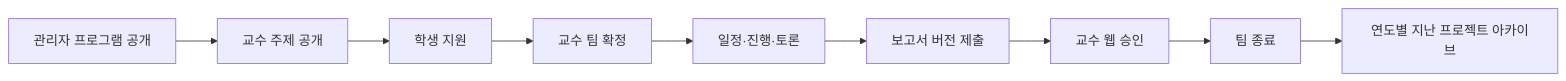
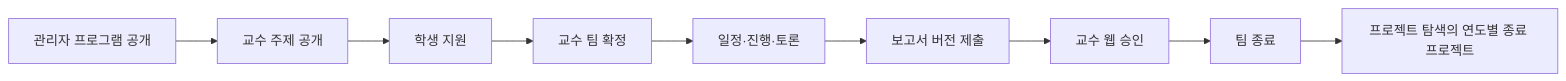
The second of 2 diagrams in README.md (2026-PNU-AI-StudyGroup/2026-pnuai-studygroup-01), drawn with Mermaid before and after one commit. The commit also changed 15 other files, not shown here.

````diff
--- a/README.md
+++ b/README.md
@@ -59,11 +59,11 @@
 ```mermaid
 flowchart LR
     Program["관리자 프로그램 공개"] --> Topic["교수 주제 공개"]
     Topic --> Apply["학생 지원"]
     Apply --> Confirm["교수 팀 확정"]
     Confirm --> Work["일정·진행·토론"]
     Work --> Report["보고서 버전 제출"]
     Report --> Approval["교수 웹 승인"]
     Approval --> Close["팀 종료"]
-    Close --> Archive["연도별 지난 프로젝트 아카이브"]
+    Close --> Archive["프로젝트 탐색의 연도별 종료 프로젝트"]
 ```
````
